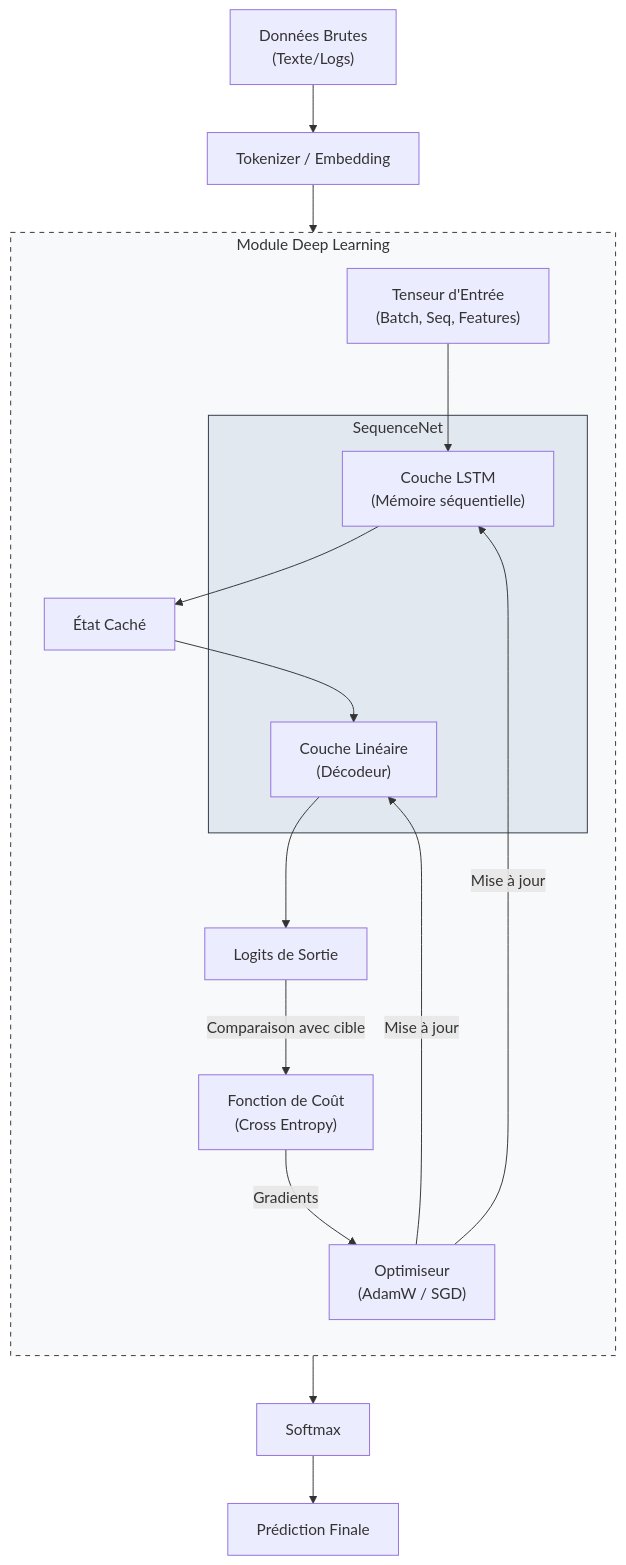
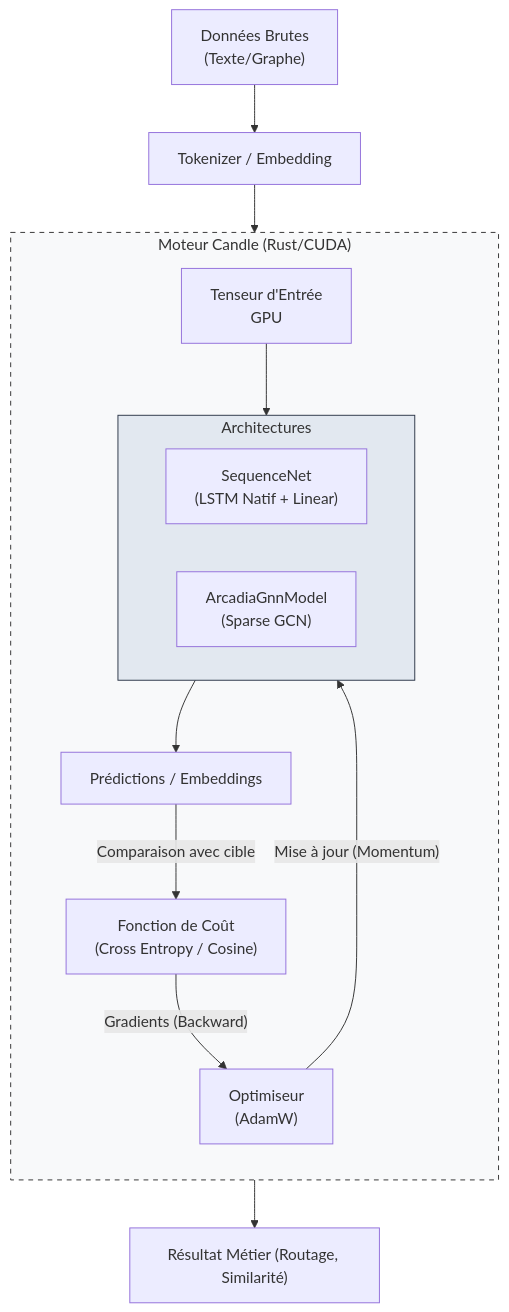
One commit to Condorcet-Continuum/raise changed the diagram in src-tauri/src/ai/deep_learning/README.md. Above: the diagram before and after it, drawn with Mermaid. The commit also changed other lines of this file and 138 other files, not shown here.

````diff
--- a/src-tauri/src/ai/deep_learning/README.md
+++ b/src-tauri/src/ai/deep_learning/README.md
@@ -22,42 +24,36 @@
 ```mermaid
 graph TD
     %% Données entrantes
-    Input["Données Brutes<br/>(Texte/Logs)"] --> Tokenizer["Tokenizer / Embedding"]
-    Tokenizer --> TensorX["Tenseur d'Entrée<br/>(Batch, Seq, Features)"]
+    Input["Données Brutes<br/>(Texte/Graphe)"] --> Preprocess["Tokenizer / Embedding"]
+    Preprocess --> TensorX["Tenseur d'Entrée<br/>GPU"]
 
     %% Le Module Deep Learning
-    subgraph DeepLearning ["Module Deep Learning"]
+    subgraph DeepLearning ["Moteur Candle (Rust/CUDA)"]
         direction TB
 
-        %% Modèle
-        subgraph Model ["SequenceNet"]
-            LSTM["Couche LSTM<br/>(Mémoire séquentielle)"]
-            Head["Couche Linéaire<br/>(Décodeur)"]
+        %% Modèles
+        subgraph Models ["Architectures"]
+            SeqNet["SequenceNet<br/>(LSTM Natif + Linear)"]
+            GnnNet["ArcadiaGnnModel<br/>(Sparse GCN)"]
         end
 
         %% Entraînement
-        Optimizer["Optimiseur<br/>(AdamW / SGD)"]
-        LossFn["Fonction de Coût<br/>(Cross Entropy)"]
+        Optimizer["Optimiseur<br/>(AdamW)"]
+        LossFn["Fonction de Coût<br/>(Cross Entropy / Cosine)"]
 
-        TensorX --> LSTM
-        LSTM --> Hidden["État Caché"]
-        Hidden --> Head
-        Head --> Logits["Logits de Sortie"]
+        TensorX --> Models
+        Models --> Logits["Prédictions / Embeddings"]
 
         %% Boucle de feedback
         Logits -- "Comparaison avec cible" --> LossFn
-        LossFn -- "Gradients" --> Optimizer
+        LossFn -- "Gradients (Backward)" --> Optimizer
 
-        %% CORRECTION ICI : On sépare les liens pour éviter le bug du '&'
-        Optimizer -- "Mise à jour" --> LSTM
-        Optimizer -- "Mise à jour" --> Head
+        Optimizer -- "Mise à jour (Momentum)" --> Models
     end
 
     %% Sortie
-    Logits --> Softmax
-    Softmax --> Prediction["Prédiction Finale"]
+    Logits --> Prediction["Résultat Métier (Routage, Similarité)"]
 
     style DeepLearning fill:#f8f9fa,stroke:#333,stroke-dasharray: 5 5
-    style Model fill:#e2e8f0,stroke:#2d3748
-
+    style Models fill:#e2e8f0,stroke:#2d3748
 ```
````
